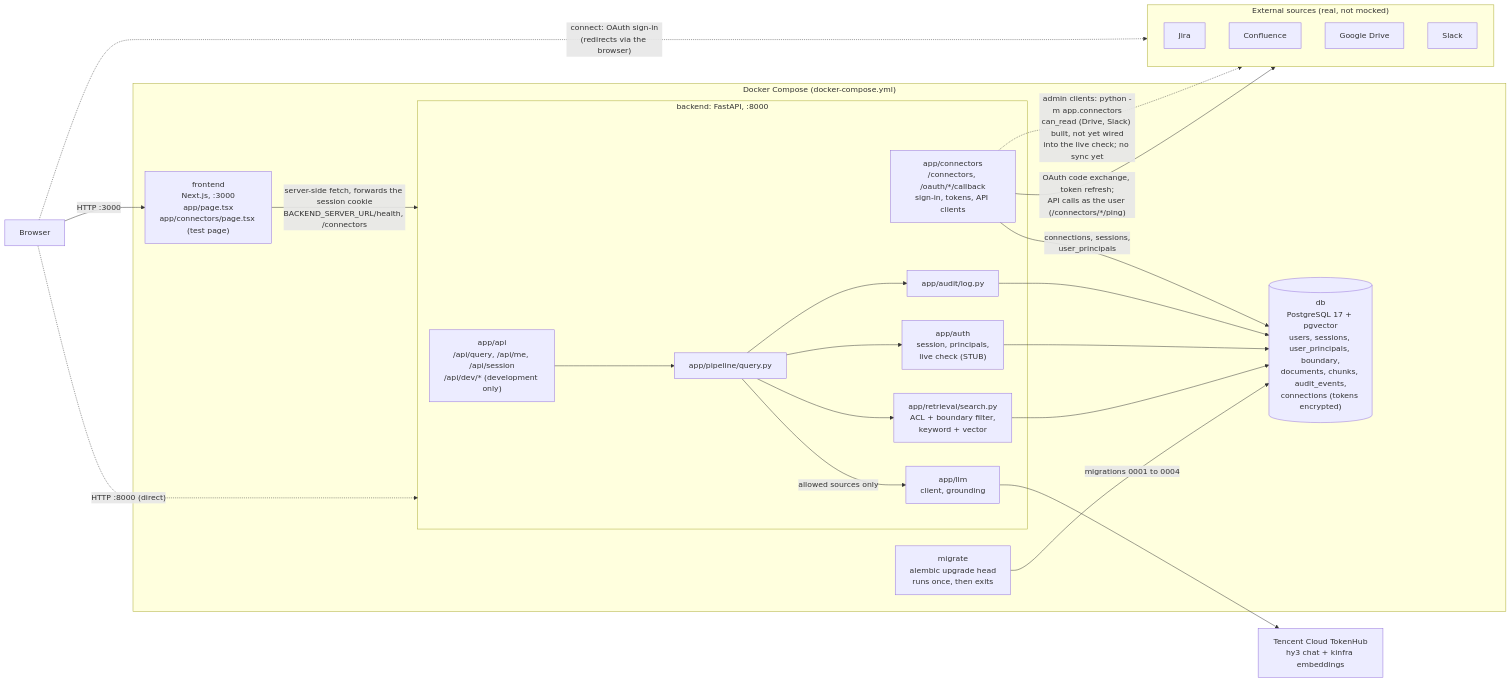
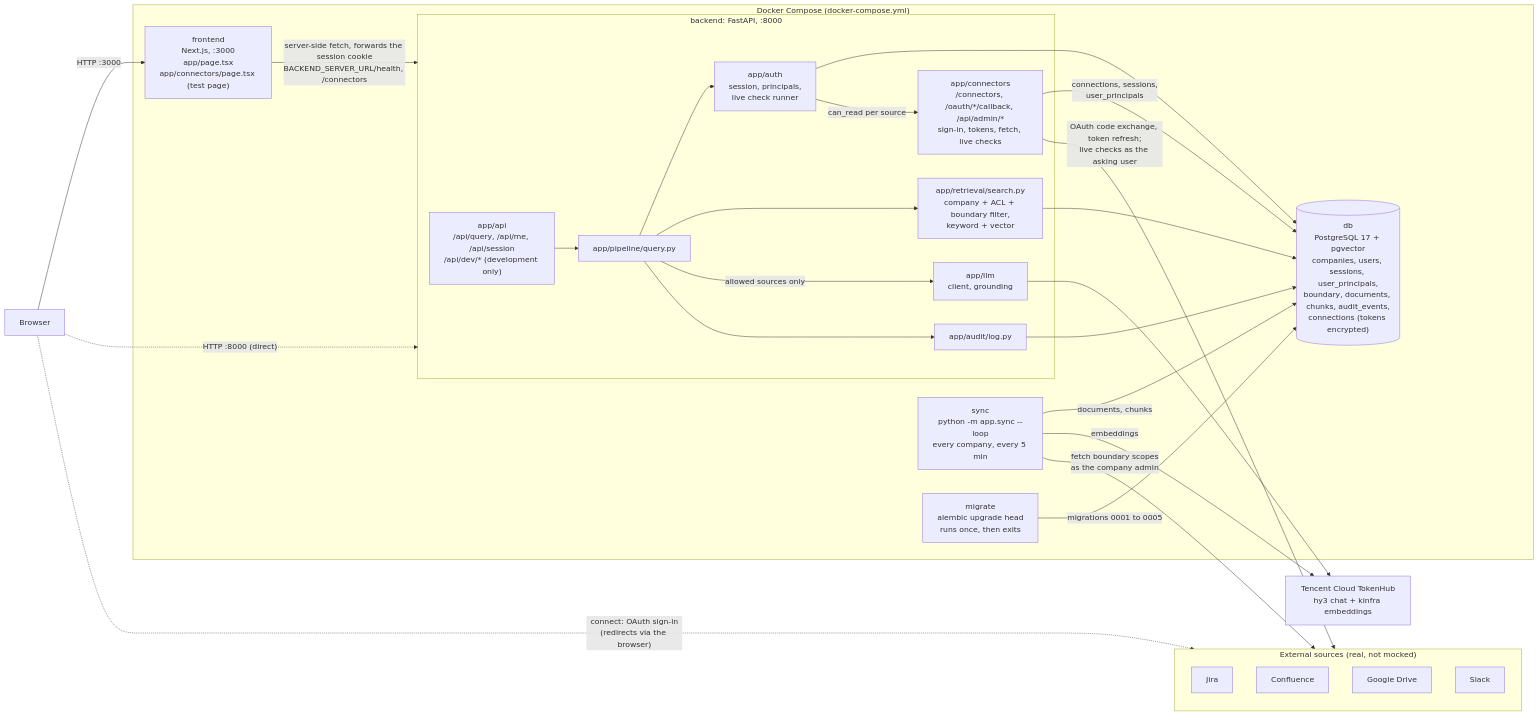
Before and after one commit to gabriel-wan/tencent-hackathon-fintech: the diagram in docs/architecture/CURRENT.md, drawn with Mermaid. The commit also changed other lines of this file and 12 other files, not shown here.

Commit message:
docs: describe companies, sync and live checks

````diff
--- a/docs/architecture/CURRENT.md
+++ b/docs/architecture/CURRENT.md
@@ -8,46 +8,50 @@
 ```mermaid
 flowchart LR
     USER["Browser"]
     TH["Tencent Cloud TokenHub<br/>hy3 chat + kinfra embeddings"]
 
     subgraph COMPOSE["Docker Compose (docker-compose.yml)"]
         FE["frontend<br/>Next.js, :3000<br/>app/page.tsx<br/>app/connectors/page.tsx (test page)"]
         subgraph BE["backend: FastAPI, :8000"]
             API["app/api<br/>/api/query, /api/me, /api/session<br/>/api/dev/* (development only)"]
             PIPE["app/pipeline/query.py"]
-            AUTH["app/auth<br/>session, principals,<br/>live check (STUB)"]
-            SEARCH["app/retrieval/search.py<br/>ACL + boundary filter,<br/>keyword + vector"]
+            AUTH["app/auth<br/>session, principals,<br/>live check runner"]
+            SEARCH["app/retrieval/search.py<br/>company + ACL + boundary filter,<br/>keyword + vector"]
             LLMC["app/llm<br/>client, grounding"]
             AUD["app/audit/log.py"]
-            CONN["app/connectors<br/>/connectors, /oauth/*/callback<br/>sign-in, tokens, API clients"]
+            CONN["app/connectors<br/>/connectors, /oauth/*/callback, /api/admin/*<br/>sign-in, tokens, fetch, live checks"]
         end
+        SYNC["sync<br/>python -m app.sync --loop<br/>every company, every 5 min"]
         MIG["migrate<br/>alembic upgrade head<br/>runs once, then exits"]
-        DB[("db<br/>PostgreSQL 17 + pgvector<br/>users, sessions, user_principals, boundary,<br/>documents, chunks, audit_events,<br/>connections (tokens encrypted)")]
+        DB[("db<br/>PostgreSQL 17 + pgvector<br/>companies, users, sessions, user_principals,<br/>boundary, documents, chunks, audit_events,<br/>connections (tokens encrypted)")]
     end
 
-    MIG -->|"migrations 0001 to 0004"| DB
+    MIG -->|"migrations 0001 to 0005"| DB
     USER -->|"HTTP :3000"| FE
     USER -.->|"HTTP :8000 (direct)"| BE
     FE -->|"server-side fetch, forwards the session cookie<br/>BACKEND_SERVER_URL/health, /connectors"| BE
     API --> PIPE
     PIPE --> AUTH
     PIPE --> SEARCH
     PIPE -->|"allowed sources only"| LLMC
     PIPE --> AUD
     SEARCH --> DB
     AUTH --> DB
     AUD --> DB
     LLMC --> TH
     CONN -->|"connections, sessions,<br/>user_principals"| DB
 
     subgraph SRC["External sources (real, not mocked)"]
         JI["Jira"]
         CF["Confluence"]
         GD["Google Drive"]
         SL["Slack"]
     end
 
     USER -.->|"connect: OAuth sign-in<br/>(redirects via the browser)"| SRC
-    CONN -->|"OAuth code exchange, token refresh;<br/>API calls as the user (/connectors/*/ping)"| SRC
-    CONN -.->|"admin clients: python -m app.connectors<br/>can_read (Drive, Slack) built, not yet wired<br/>into the live check; no sync yet"| SRC
+    CONN -->|"OAuth code exchange, token refresh;<br/>live checks as the asking user"| SRC
+    AUTH -->|"can_read per source"| CONN
+    SYNC -->|"fetch boundary scopes<br/>as the company admin"| SRC
+    SYNC -->|"documents, chunks"| DB
+    SYNC -->|"embeddings"| TH
 ```
````
